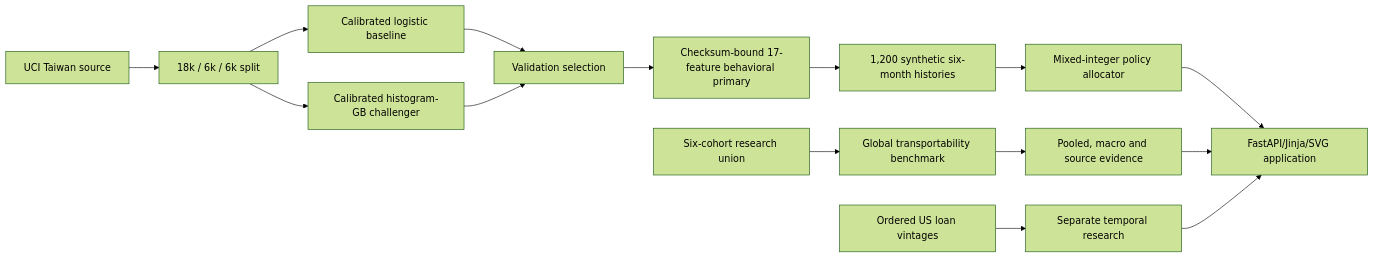
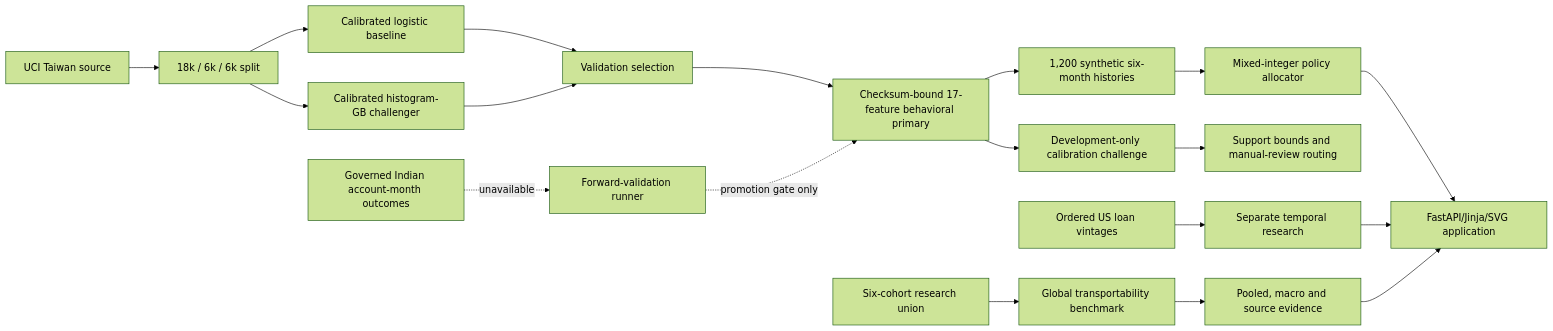
Before and after one commit to Ghostboy789/limitiq-credit-line-optimization: the diagram in docs/ARCHITECTURE.md, drawn with Mermaid (forest theme). The commit also changed other lines of this file and 8 other files, not shown here.

````diff
--- a/docs/ARCHITECTURE.md
+++ b/docs/ARCHITECTURE.md
@@ -12,17 +12,21 @@
 ```mermaid
 flowchart LR
   U[UCI Taiwan source] --> S[18k / 6k / 6k split]
   S --> B[Calibrated logistic baseline]
   S --> C[Calibrated histogram-GB challenger]
   B --> V[Validation selection]
   C --> V
   V --> P[Checksum-bound 17-feature behavioral primary]
   P --> D[1,200 synthetic six-month histories]
   D --> O[Mixed-integer policy allocator]
   O --> W[FastAPI/Jinja/SVG application]
   R[Six-cohort research union] --> G[Global transportability benchmark]
   G --> E[Pooled, macro and source evidence]
   E --> W
   T[Ordered US loan vintages] --> X[Separate temporal research]
   X --> W
+  P --> H[Development-only calibration challenge]
+  H --> K[Support bounds and manual-review routing]
+  I[Governed Indian account-month outcomes] -. unavailable .-> F[Forward-validation runner]
+  F -. promotion gate only .-> P
 ```
````
